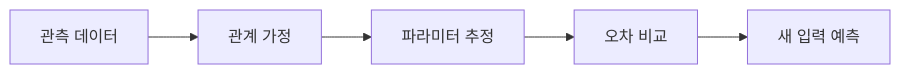
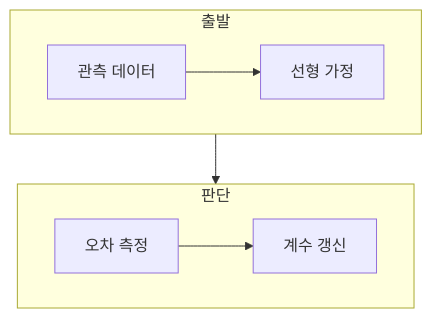
One commit to umyunsang/edu changed the diagram in ComputerScience/03_ai-ml-data/machine-learning/notes/01. 선형 회귀 이론.md. Above: the diagram before and after it, drawn with Mermaid. The commit also changed other lines of this file and 8 other files, not shown here.

````diff
--- a/ComputerScience/03_ai-ml-data/machine-learning/notes/01. 선형 회귀 이론.md
+++ b/ComputerScience/03_ai-ml-data/machine-learning/notes/01. 선형 회귀 이론.md
@@ -20,7 +23,12 @@
 ```mermaid
-flowchart LR
-  A[관측 데이터] --> B[관계 가정]
-  B --> C[파라미터 추정]
-  C --> D[오차 비교]
-  D --> E[새 입력 예측]
+flowchart TB
+    subgraph Input[출발]
+        direction LR
+        A[관측 데이터] --> B[선형 가정]
+    end
+    subgraph Decision[판단]
+        direction LR
+        C[오차 측정] --> D[계수 갱신]
+    end
+    B --> C
 ```
````
